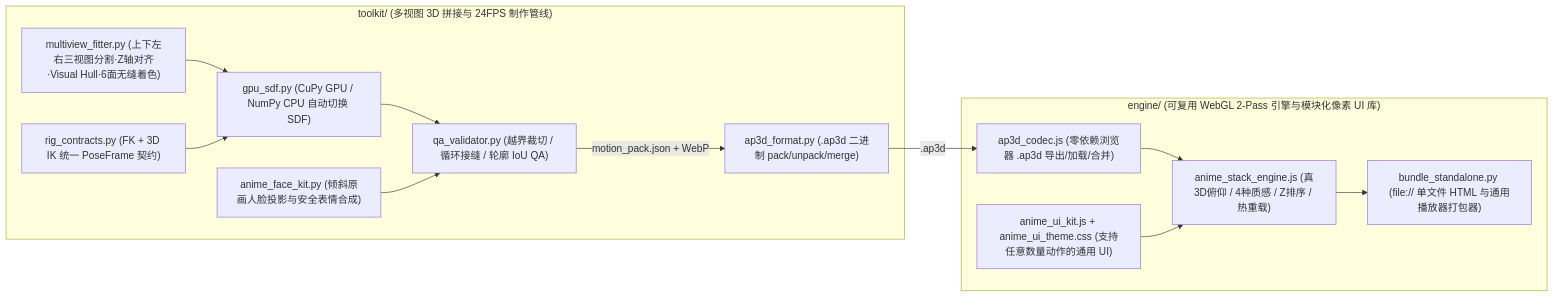
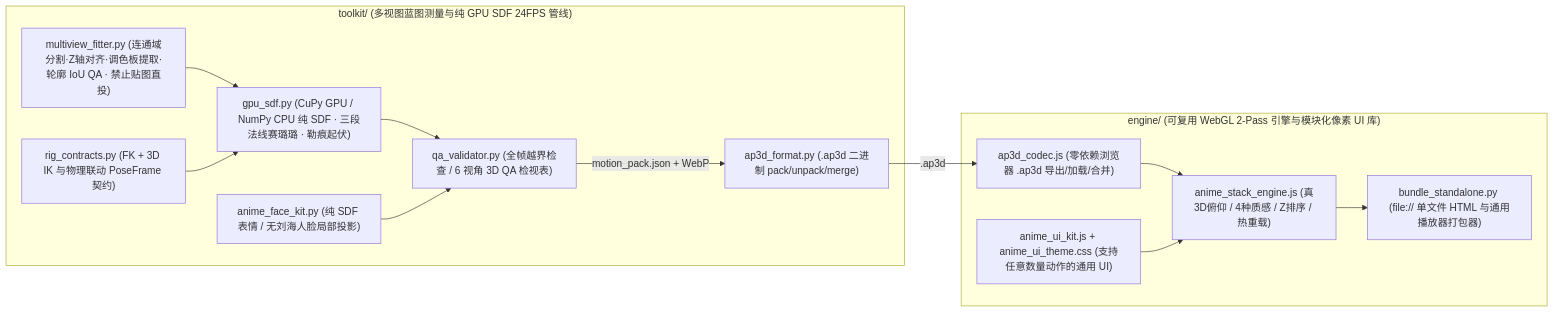
The diagram in README.zh-CN.md (kuraneko1/anime-pseudo-3d), drawn with Mermaid before and after one commit. The commit also changed other lines of this file and 17 other files, not shown here.

Commit message:
Standardize pure GPU-SDF blueprint workflow, add 2-Pass Full-3D mesh engine/converter, and upgrade AnimeUIKit export selector & mobile UX

````diff
--- a/README.zh-CN.md
+++ b/README.zh-CN.md
@@ -121,28 +121,28 @@
 ```mermaid
 flowchart LR
-  subgraph T1["toolkit/ (多视图 3D 拼接与 24FPS 制作管线)"]
-    MV["multiview_fitter.py (上下左右三视图分割·Z轴对齐·Visual Hull·6面无缝着色)"]
-    SDF["gpu_sdf.py (CuPy GPU / NumPy CPU 自动切换 SDF)"]
-    FACE["anime_face_kit.py (倾斜原画人脸投影与安全表情合成)"]
-    RIG["rig_contracts.py (FK + 3D IK 统一 PoseFrame 契约)"]
-    QA["qa_validator.py (越界裁切 / 循环接缝 / 轮廓 IoU QA)"]
+  subgraph T1["toolkit/ (多视图蓝图测量与纯 GPU SDF 24FPS 管线)"]
+    MV["multiview_fitter.py (连通域分割·Z轴对齐·调色板提取·轮廓 IoU QA · 禁止贴图直投)"]
+    SDF["gpu_sdf.py (CuPy GPU / NumPy CPU 纯 SDF · 三段法线赛璐璐 · 勒痕起伏)"]
+    FACE["anime_face_kit.py (纯 SDF 表情 / 无刘海人脸局部投影)"]
+    RIG["rig_contracts.py (FK + 3D IK 与物理联动 PoseFrame 契约)"]
+    QA["qa_validator.py (全帧越界检查 / 6 视角 3D QA 检视表)"]
     AP3D["ap3d_format.py (.ap3d 二进制 pack/unpack/merge)"]
   end
 
   subgraph E1["engine/ (可复用 WebGL 2-Pass 引擎与模块化像素 UI 库)"]
     CODEC["ap3d_codec.js (零依赖浏览器 .ap3d 导出/加载/合并)"]
     UIKIT["anime_ui_kit.js + anime_ui_theme.css (支持任意数量动作的通用 UI)"]
     GL["anime_stack_engine.js (真3D俯仰 / 4种质感 / Z排序 / 热重载)"]
     BND["bundle_standalone.py (file:// 单文件 HTML 与通用播放器打包器)"]
   end
 
   MV --> SDF
   SDF --> QA
   FACE --> QA
   RIG --> SDF
   QA -->|"motion_pack.json + WebP"| AP3D
   AP3D -->|".ap3d"| CODEC
   CODEC --> GL
   UIKIT --> GL
   GL --> BND
 ```
````
